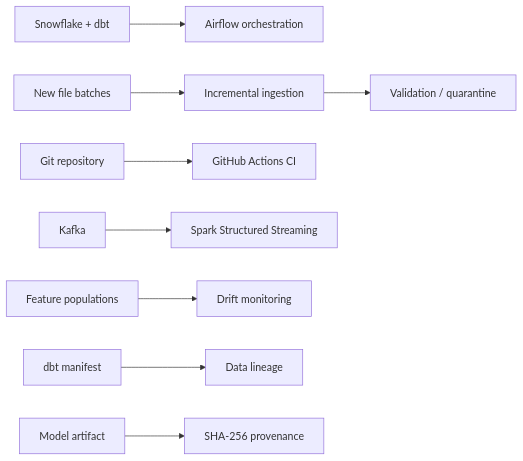
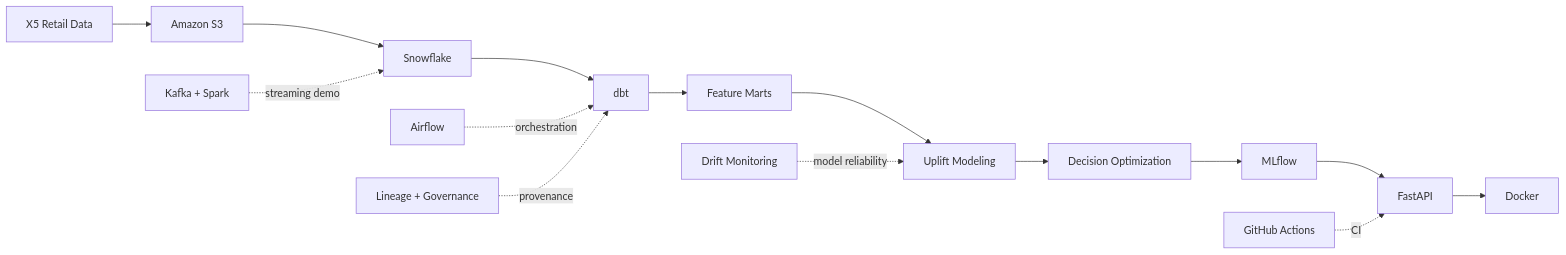
Before and after one commit to hibehappy/retail-growth-decision-platform: the diagram in README.md, drawn with Mermaid. The commit also changed other lines of this file and 3 other files, not shown here.

````diff
--- a/README.md
+++ b/README.md
@@ -56,11 +33,19 @@
 ```mermaid
 flowchart LR
-    A[Snowflake + dbt] --> B[Airflow orchestration]
-    C[New file batches] --> D[Incremental ingestion]
-    D --> E[Validation / quarantine]
-    F[Git repository] --> G[GitHub Actions CI]
-    H[Kafka] --> I[Spark Structured Streaming]
-    J[Feature populations] --> K[Drift monitoring]
-    L[dbt manifest] --> M[Data lineage]
-    N[Model artifact] --> O[SHA-256 provenance]
+
+    A[X5 Retail Data] --> B[Amazon S3]
+    B --> C[Snowflake]
+    C --> D[dbt]
+    D --> E[Feature Marts]
+    E --> F[Uplift Modeling]
+    F --> G[Decision Optimization]
+    G --> H[MLflow]
+    H --> I[FastAPI]
+    I --> J[Docker]
+
+    K[Airflow] -. orchestration .-> D
+    L[GitHub Actions] -. CI .-> I
+    M[Kafka + Spark] -. streaming demo .-> C
+    N[Drift Monitoring] -. model reliability .-> F
+    O[Lineage + Governance] -. provenance .-> D
 ```
````
